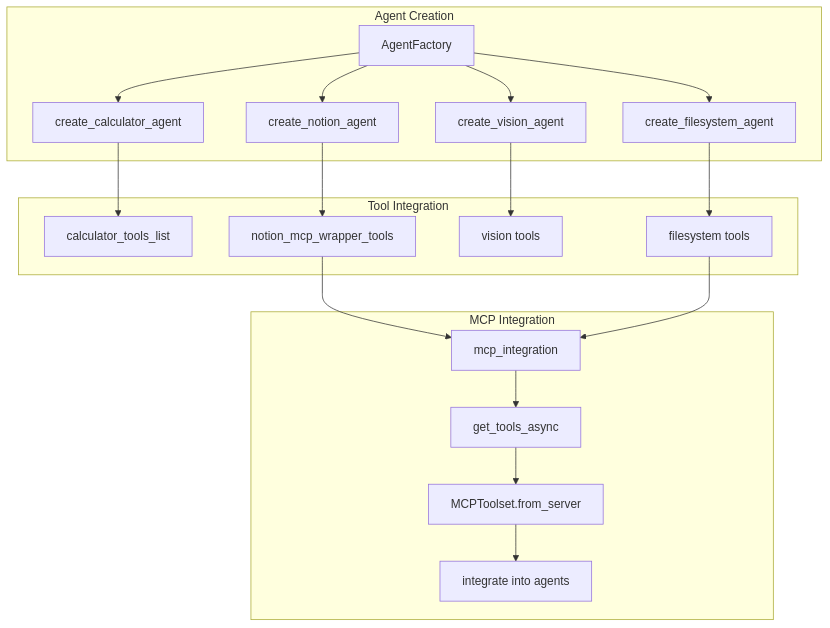
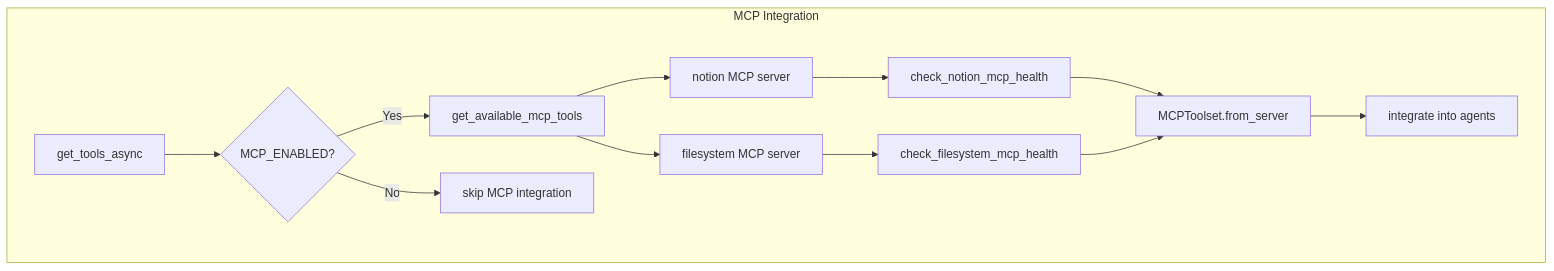
The sixth of 6 diagrams in docs/function_call_flow.md (MokonaSato/line-multi-agent-sample), drawn with Mermaid before and after one commit. The commit also changed other lines of this file and 18 other files, not shown here.

````diff
--- a/docs/function_call_flow.md
+++ b/docs/function_call_flow.md
@@ -200,25 +241,15 @@
 ```mermaid
 flowchart TD
-    subgraph "Agent Creation"
-        A[AgentFactory] --> B[create_calculator_agent]
-        A --> C[create_notion_agent]
-        A --> D[create_vision_agent]
-        A --> E[create_filesystem_agent]
+    subgraph "MCP Integration"
+        A[get_tools_async] --> B{MCP_ENABLED?}
+        B -->|Yes| C[get_available_mcp_tools]
+        C --> D[notion MCP server]
+        C --> E[filesystem MCP server]
+        D --> F[check_notion_mcp_health]
+        E --> G[check_filesystem_mcp_health]
+        F --> H[MCPToolset.from_server]
+        G --> H
+        H --> I[integrate into agents]
+        B -->|No| J[skip MCP integration]
     end
-    
-    subgraph "Tool Integration"
-        B --> F[calculator_tools_list]
-        C --> G[notion_mcp_wrapper_tools]
-        D --> H[vision tools]
-        E --> I[filesystem tools]
-    end
-    
-    subgraph "MCP Integration"
-        J[mcp_integration] --> K[get_tools_async]
-        K --> L[MCPToolset.from_server]
-        L --> M[integrate into agents]
-    end
-    
-    G --> J
-    I --> J
 ```
````
